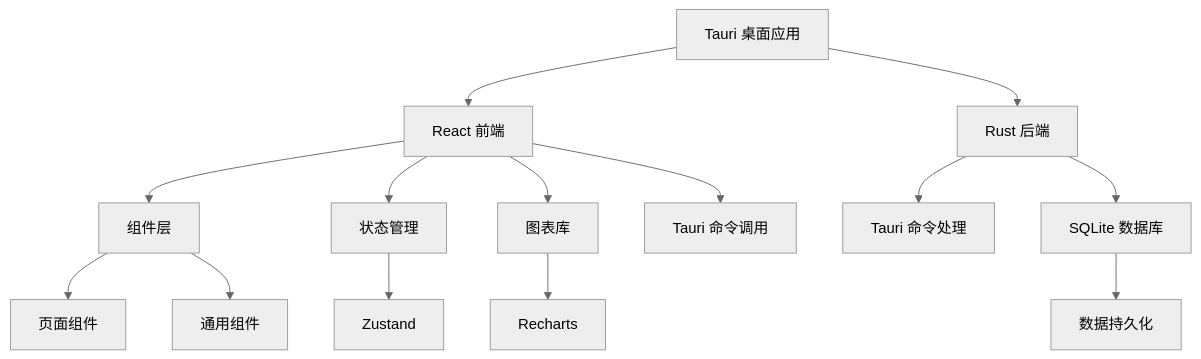
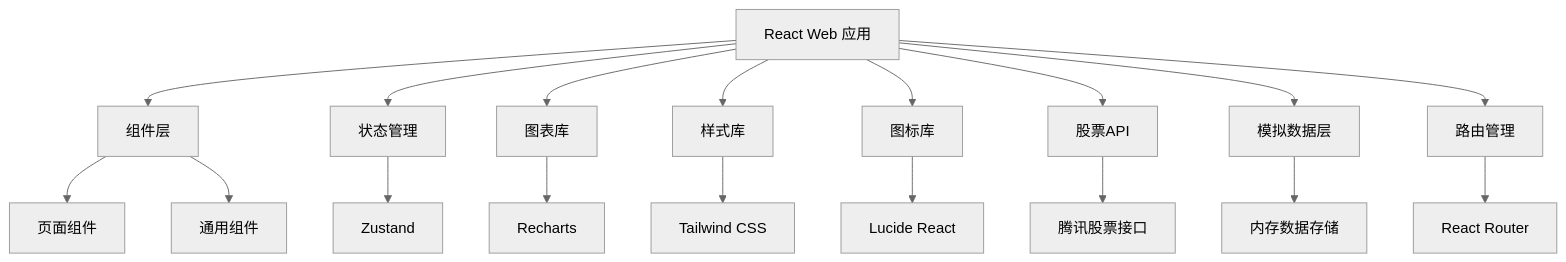
The first of 2 diagrams in .trae/documents/arch.md (MoyeRon/stock-trading-journal), drawn with Mermaid (neutral theme) before and after one commit. The commit also changed other lines of this file and 1 other file, not shown here.

````diff
--- a/.trae/documents/arch.md
+++ b/.trae/documents/arch.md
@@ -5,16 +5,20 @@
 ```mermaid
 graph TB
-    A[Tauri 桌面应用] --> B[React 前端]
-    A --> C[Rust 后端]
-    B --> D[组件层]
-    D --> E[页面组件]
-    D --> F[通用组件]
-    B --> G[状态管理]
-    G --> H[Zustand]
-    B --> I[图表库]
-    I --> J[Recharts]
-    B --> K[Tauri 命令调用]
-    C --> L[Tauri 命令处理]
-    C --> M[SQLite 数据库]
-    M --> N[数据持久化]
+    A[React Web 应用] --> B[组件层]
+    B --> C[页面组件]
+    B --> D[通用组件]
+    A --> E[状态管理]
+    E --> F[Zustand]
+    A --> G[图表库]
+    G --> H[Recharts]
+    A --> I[样式库]
+    I --> J[Tailwind CSS]
+    A --> K[图标库]
+    K --> L[Lucide React]
+    A --> M[股票API]
+    M --> N[腾讯股票接口]
+    A --> O[模拟数据层]
+    O --> P[内存数据存储]
+    A --> Q[路由管理]
+    Q --> R[React Router]
 ```
````
